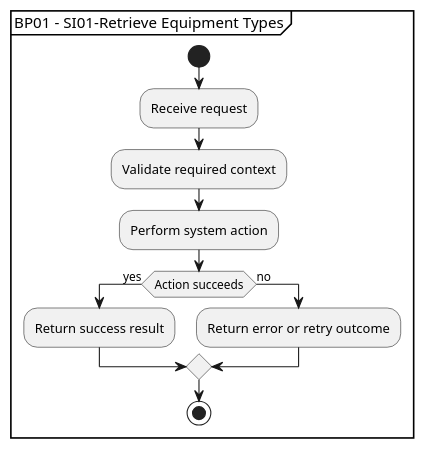
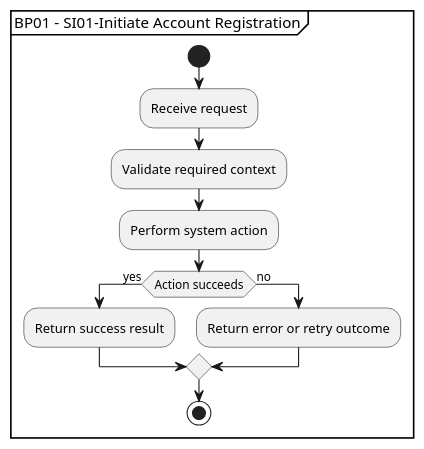
One commit to aaberg/builders-clinic-fix-me changed the diagram in .opencode/skills/workflow-documenter/SKILL.md. Above: the diagram before and after it, drawn with PlantUML. The commit also changed other lines of this file and 69 other files, not shown here.

````diff
--- a/.opencode/skills/workflow-documenter/SKILL.md
+++ b/.opencode/skills/workflow-documenter/SKILL.md
@@ -152,18 +152,18 @@
 ```plantuml
 @startuml
 
-partition "BP01 - SI01-Retrieve Equipment Types" {
+partition "BP01 - SI01-Initiate Account Registration" {
   start
   :Receive request;
   :Validate required context;
   :Perform system action;
   if (Action succeeds) then (yes)
     :Return success result;
   else (no)
     :Return error or retry outcome;
   endif
   stop
 }
 
 @enduml
 ```
````
